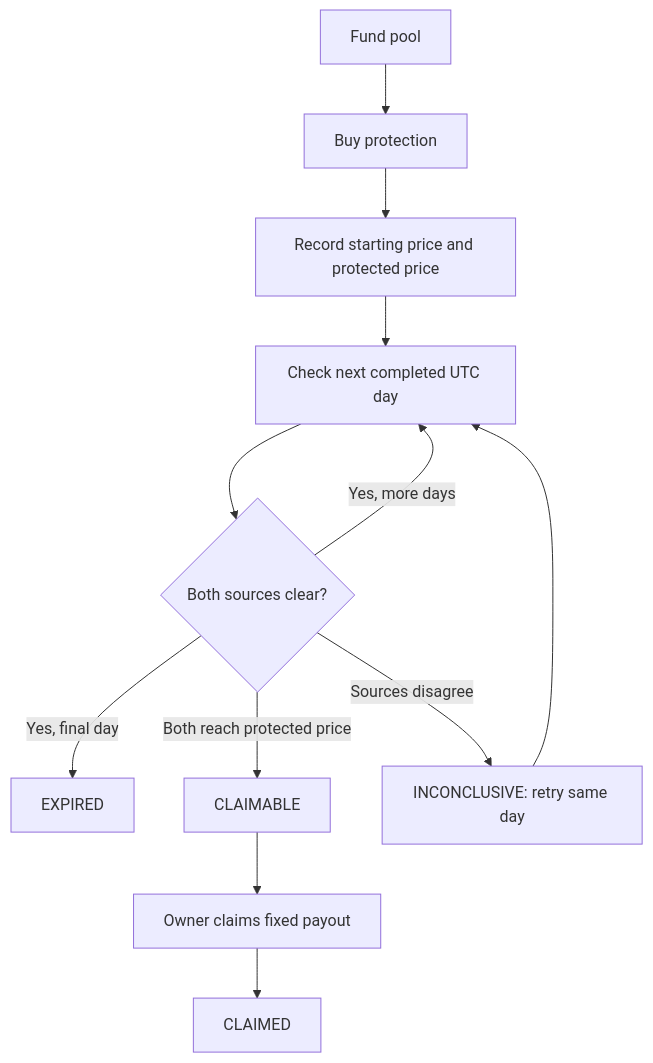
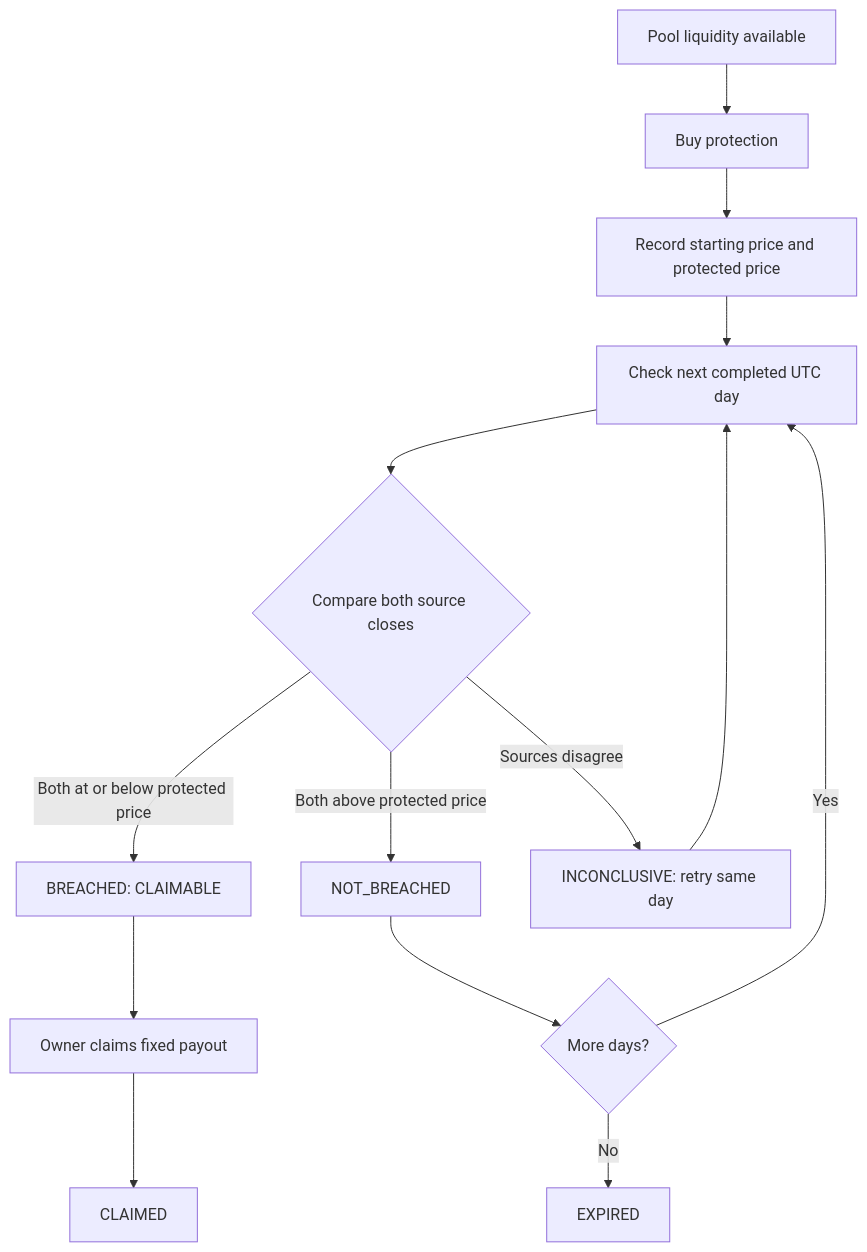
Before and after one commit to jason4185/commoda: the second of 2 diagrams in README.md, drawn with Mermaid. The commit also changed other lines of this file, not shown here.

````diff
--- a/README.md
+++ b/README.md
@@ -93,14 +96,16 @@
 ```mermaid
 flowchart TD
-    Pool[Fund pool] --> Buy[Buy protection]
+    Pool[Pool liquidity available] --> Buy[Buy protection]
     Buy --> Lock[Record starting price and protected price]
     Lock --> Check[Check next completed UTC day]
-    Check --> Clear{Both sources clear?}
-    Clear -->|Yes, more days| Check
-    Clear -->|Yes, final day| Expired[EXPIRED]
-    Clear -->|Both reach protected price| Claimable[CLAIMABLE]
-    Clear -->|Sources disagree| Retry[INCONCLUSIVE: retry same day]
+    Check --> Outcome{Compare both source closes}
+    Outcome -->|Both above protected price| Clear[NOT_BREACHED]
+    Outcome -->|Both at or below protected price| Claimable[BREACHED: CLAIMABLE]
+    Outcome -->|Sources disagree| Retry[INCONCLUSIVE: retry same day]
+    Clear --> More{More days?}
+    More -->|Yes| Check
+    More -->|No| Expired[EXPIRED]
     Retry --> Check
     Claimable --> Claim[Owner claims fixed payout]
     Claim --> Claimed[CLAIMED]
 ```
````
